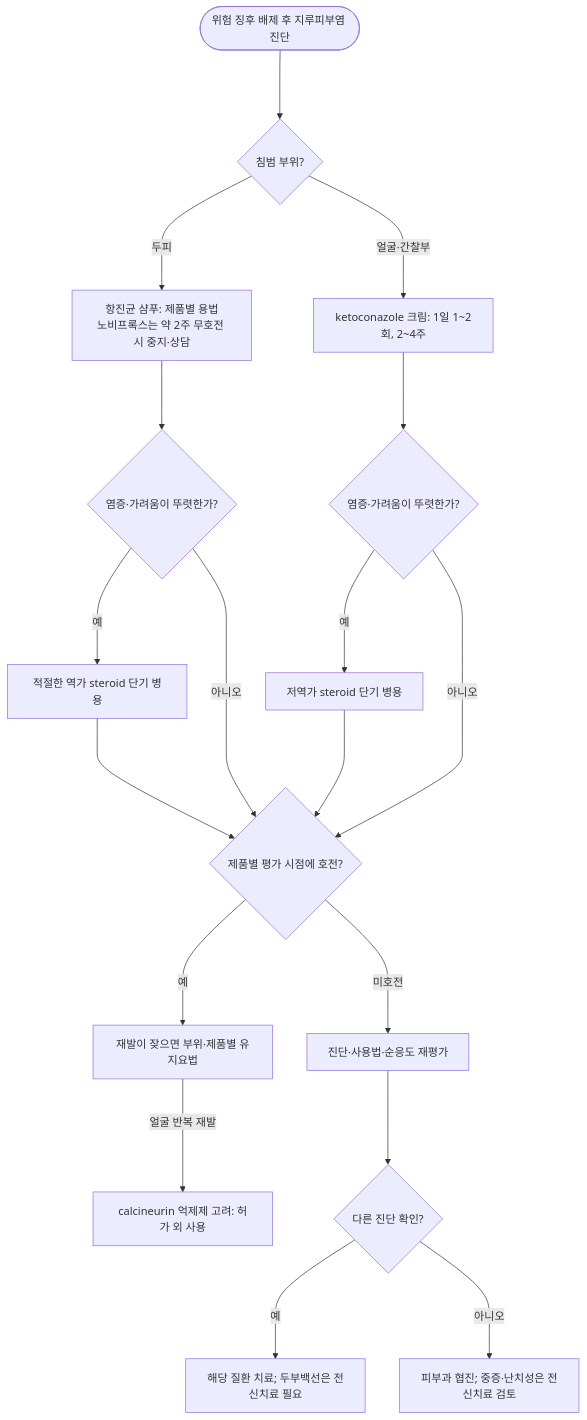
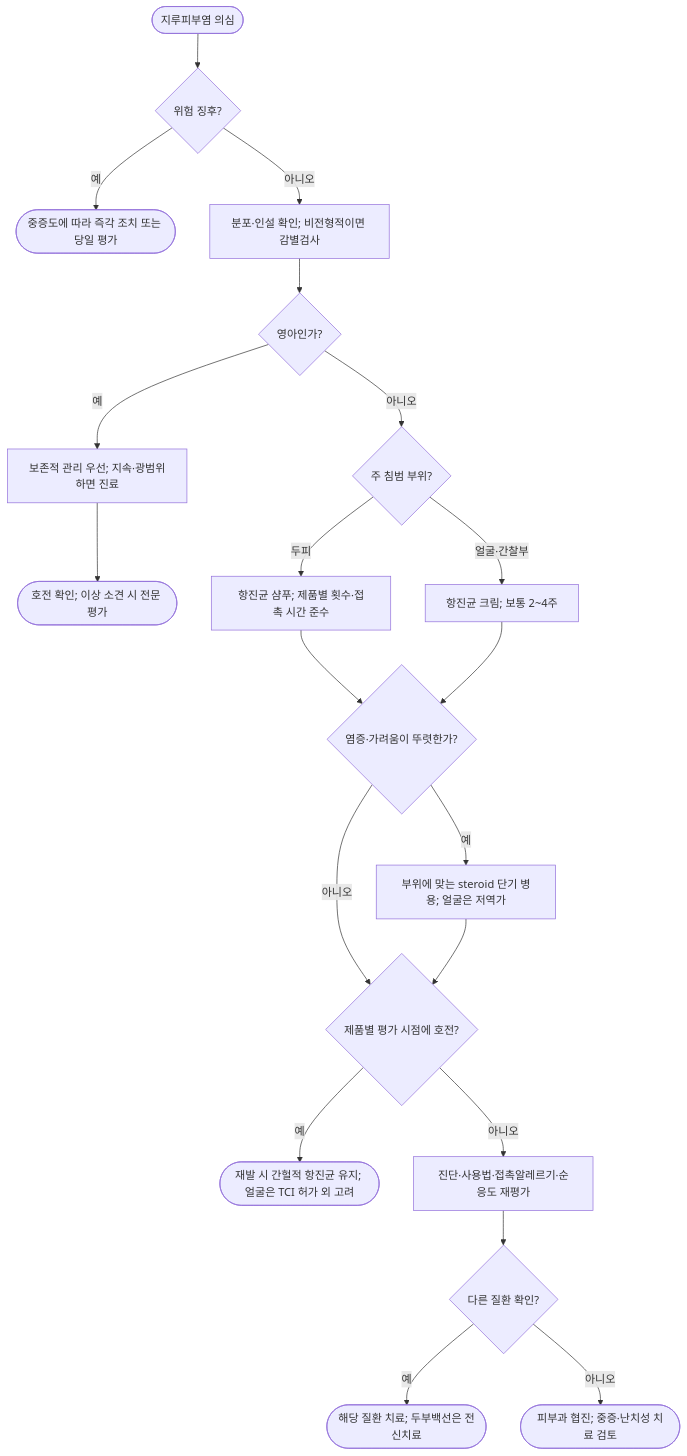
The diagram in 229_/162_-seborrheic-dermatitis.md (familyoh77/familyoh77), drawn with Mermaid before and after one commit. The commit also changed other lines of this file and 20 other files, not shown here.

````diff
--- a/229_/162_-seborrheic-dermatitis.md
+++ b/229_/162_-seborrheic-dermatitis.md
@@ -81,20 +82,22 @@
 ```mermaid
-graph TD
-    Start(["위험 징후 배제 후 지루피부염 진단"]) ---> Area{"침범 부위?"}
-    Area --->|두피| Scalp["항진균 샴푸: 제품별 용법<br/>노비프록스는 약 2주 무호전 시 중지·상담"]
-    Area --->|얼굴·간찰부| Face["ketoconazole 크림: 1일 1~2회, 2~4주"]
-    Scalp ---> ScalpSev{"염증·가려움이 뚜렷한가?"}
-    Face ---> FaceSev{"염증·가려움이 뚜렷한가?"}
-    ScalpSev --->|예| ScalpAnti["적절한 역가 steroid 단기 병용"]
-    FaceSev --->|예| FaceAnti["저역가 steroid 단기 병용"]
-    ScalpSev --->|아니오| Response{"제품별 평가 시점에 호전?"}
-    FaceSev --->|아니오| Response
-    ScalpAnti ---> Response
-    FaceAnti ---> Response
-    Response --->|예| Maintain["재발이 잦으면 부위·제품별 유지요법"]
-    Response --->|미호전| Reassess["진단·사용법·순응도 재평가"]
-    Reassess ---> OtherDx{"다른 진단 확인?"}
-    OtherDx --->|예| OtherTx["해당 질환 치료; 두부백선은 전신치료 필요"]
-    OtherDx --->|아니오| Derm["피부과 협진; 중증·난치성은 전신치료 검토"]
-    Maintain --->|얼굴 반복 재발| Calcineurin["calcineurin 억제제 고려: 허가 외 사용"]
+flowchart TD
+    Start(["지루피부염 의심"]) --> Red{"위험 징후?"}
+    Red -->|예| Urgent(["중증도에 따라 즉각 조치 또는 당일 평가"])
+    Red -->|아니오| Dx["분포·인설 확인; 비전형적이면 감별검사"]
+    Dx --> Infant{"영아인가?"}
+    Infant -->|예| Baby["보존적 관리 우선; 지속·광범위하면 진료"]
+    Baby --> BabyEnd(["호전 확인; 이상 소견 시 전문 평가"])
+    Infant -->|아니오| Area{"주 침범 부위?"}
+    Area -->|두피| Scalp["항진균 샴푸; 제품별 횟수·접촉 시간 준수"]
+    Area -->|얼굴·간찰부| Face["항진균 크림; 보통 2~4주"]
+    Scalp --> Inflammation{"염증·가려움이 뚜렷한가?"}
+    Face --> Inflammation
+    Inflammation -->|예| Anti["부위에 맞는 steroid 단기 병용; 얼굴은 저역가"]
+    Inflammation -->|아니오| Response{"제품별 평가 시점에 호전?"}
+    Anti --> Response
+    Response -->|예| Maintain(["재발 시 간헐적 항진균 유지; 얼굴은 TCI 허가 외 고려"])
+    Response -->|아니오| Reassess["진단·사용법·접촉알레르기·순응도 재평가"]
+    Reassess --> Other{"다른 질환 확인?"}
+    Other -->|예| OtherTx(["해당 질환 치료; 두부백선은 전신치료"])
+    Other -->|아니오| Derm(["피부과 협진; 중증·난치성 치료 검토"])
 ```
````
